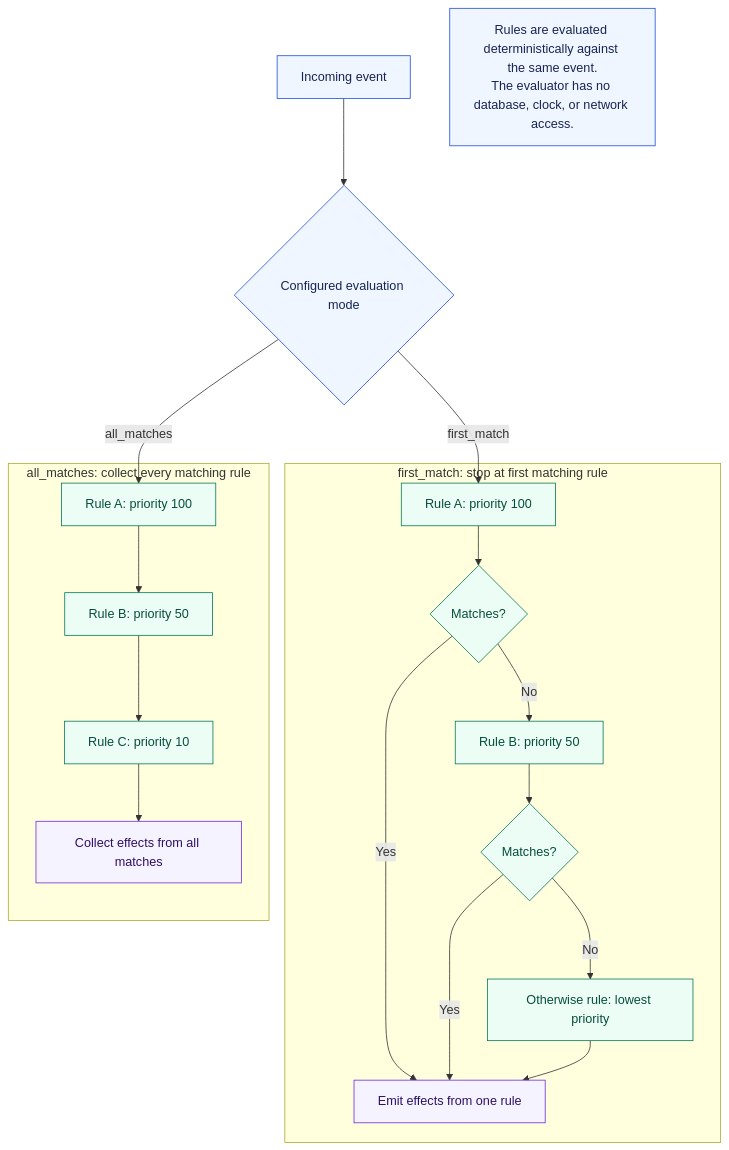
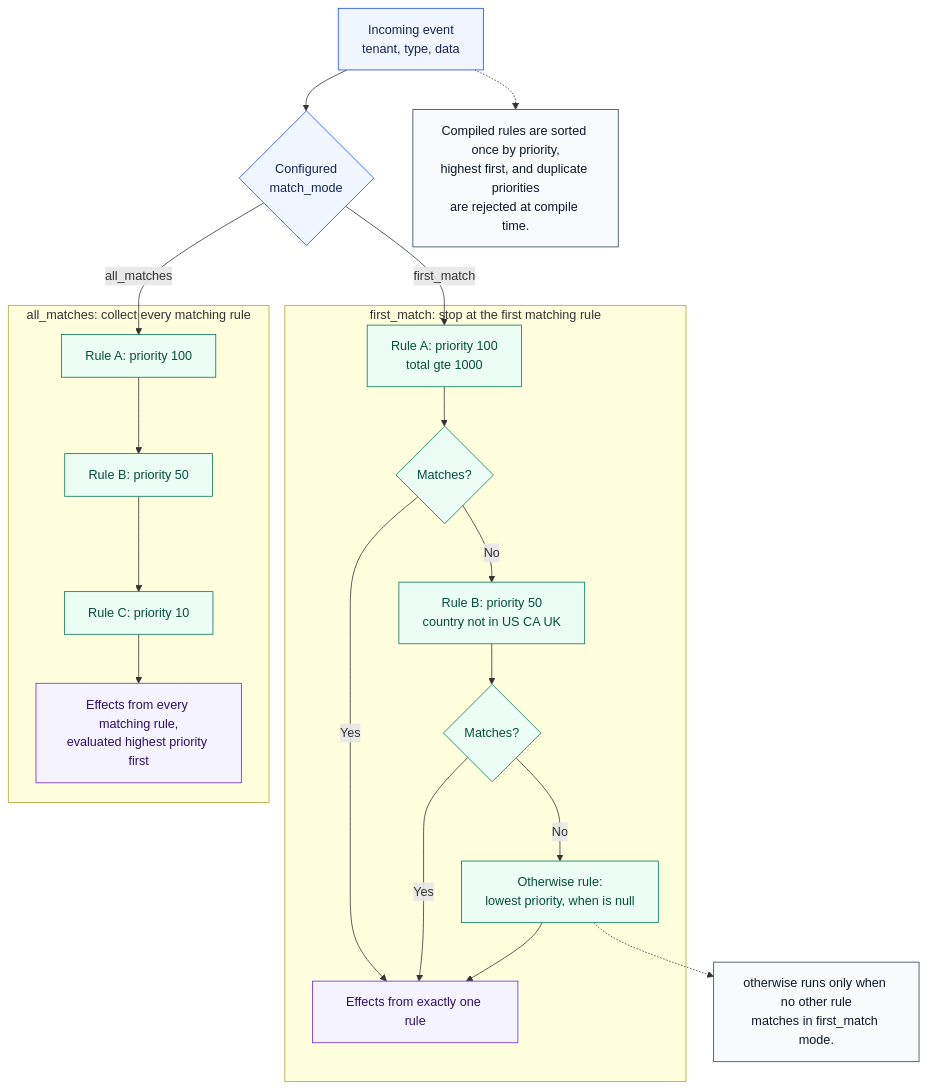
Before and after one commit to premchandkpc/kafka-simulate-rule: the diagram in docs/06-rule-evaluation-modes.mmd, drawn with Mermaid. The commit also changed 17 other files, not shown here.

Commit message:
docs: enrich mermaid diagrams and fix parse errors

```diff
--- a/docs/06-rule-evaluation-modes.mmd
+++ b/docs/06-rule-evaluation-modes.mmd
@@ -1,34 +1,40 @@
 flowchart TB
+    %% Design view: first_match versus all_matches evaluation modes.
     classDef input fill:#eff6ff,stroke:#1d4ed8,color:#172554
     classDef rule fill:#ecfdf5,stroke:#047857,color:#064e3b
     classDef result fill:#f5f3ff,stroke:#6d28d9,color:#2e1065
+    classDef note fill:#f8fafc,stroke:#334155,color:#0f172a
 
-    Event[Incoming event]:::input
-    Mode{Configured evaluation mode}:::input
+    Event["Incoming event<br/>tenant, type, data"]:::input
+    Mode{"Configured<br/>match_mode"}:::input
 
-    subgraph First[first_match: stop at first matching rule]
-        F1[Rule A: priority 100]:::rule
-        F1Match{Matches?}:::rule
-        F2[Rule B: priority 50]:::rule
-        F2Match{Matches?}:::rule
-        FDefault[Otherwise rule: lowest priority]:::rule
-        FResult[Emit effects from one rule]:::result
+    subgraph First["first_match: stop at the first matching rule"]
+        F1["Rule A: priority 100<br/>total gte 1000"]:::rule
+        F1Match{"Matches?"}:::rule
+        F2["Rule B: priority 50<br/>country not in US CA UK"]:::rule
+        F2Match{"Matches?"}:::rule
+        FDefault["Otherwise rule:<br/>lowest priority, when is null"]:::rule
+        FResult["Effects from exactly one rule"]:::result
         F1 --> F1Match
         F1Match -->|Yes| FResult
         F1Match -->|No| F2 --> F2Match
         F2Match -->|Yes| FResult
         F2Match -->|No| FDefault --> FResult
     end
 
-    subgraph All[all_matches: collect every matching rule]
-        A1[Rule A: priority 100]:::rule
-        A2[Rule B: priority 50]:::rule
-        A3[Rule C: priority 10]:::rule
-        AResult[Collect effects from all matches]:::result
+    subgraph All["all_matches: collect every matching rule"]
+        A1["Rule A: priority 100"]:::rule
+        A2["Rule B: priority 50"]:::rule
+        A3["Rule C: priority 10"]:::rule
+        AResult["Effects from every matching rule,<br/>evaluated highest priority first"]:::result
         A1 --> A2 --> A3 --> AResult
     end
 
     Event --> Mode
     Mode -->|first_match| F1
     Mode -->|all_matches| A1
-    Note[Rules are evaluated deterministically against the same event.<br/>The evaluator has no database, clock, or network access.]:::input
+
+    Sorted["Compiled rules are sorted once by priority,<br/>highest first, and duplicate priorities<br/>are rejected at compile time."]:::note
+    Event -.-> Sorted
+    Otherwise["otherwise runs only when no other rule<br/>matches in first_match mode."]:::note
+    FDefault -.-> Otherwise
```
